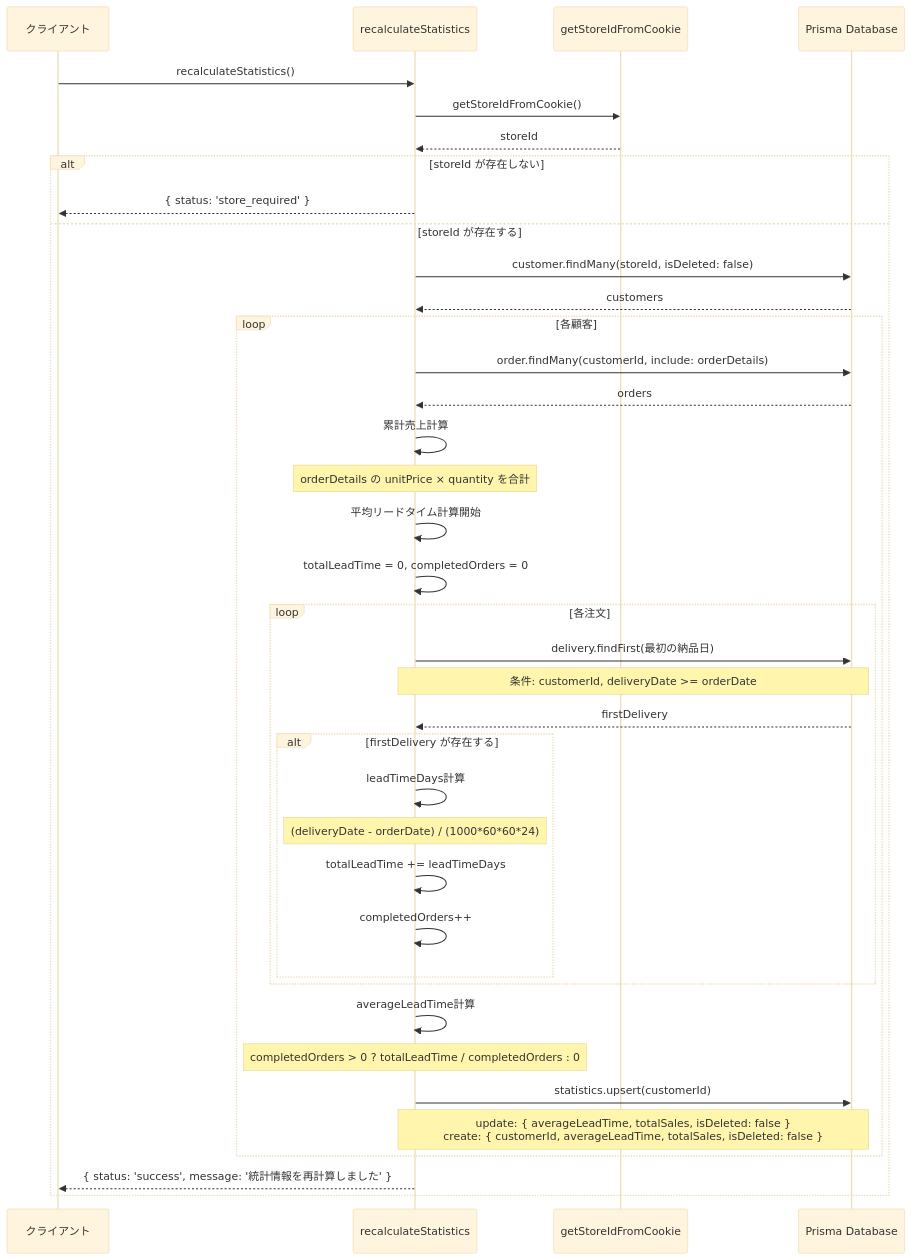
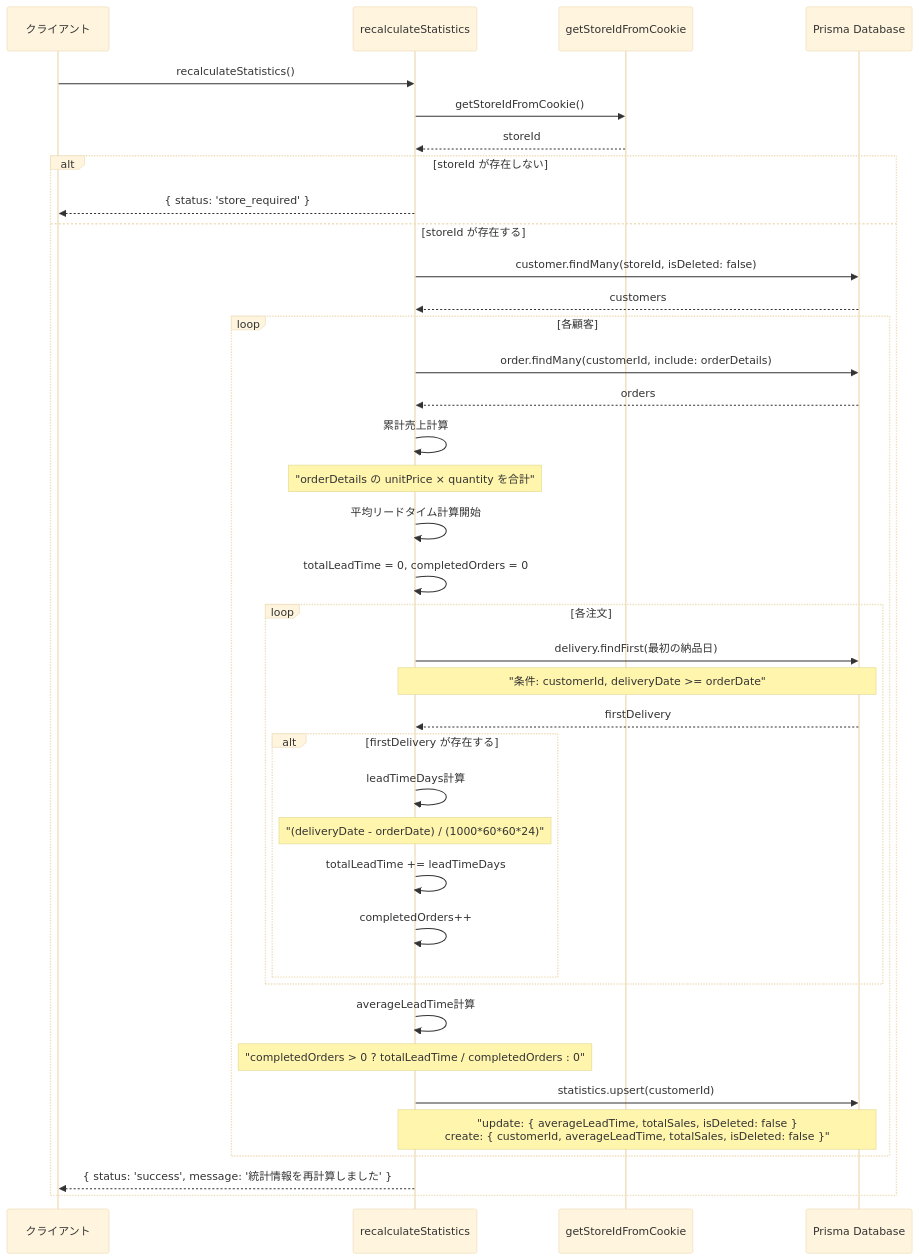
One commit to wasabi49/ocs-systemDevelopmentExercises changed the second of 8 diagrams in document/actions/sequence/statistics.md. Above: the diagram before and after it, drawn with Mermaid (base theme). The commit also changed other lines of this file and 42 other files, not shown here.

First line of the commit message:
fix: mermaidシーケンス図のNote over文でダブルクォーテーション不足を修正

````diff
--- a/document/actions/sequence/statistics.md
+++ b/document/actions/sequence/statistics.md
@@ -38,50 +38,50 @@
 ```mermaid
 sequenceDiagram
     participant Client as クライアント
     participant Action as recalculateStatistics
     participant Store as getStoreIdFromCookie
     participant DB as Prisma Database
 
     Client->>Action: recalculateStatistics()
     Action->>Store: getStoreIdFromCookie()
     Store-->>Action: storeId
     
     alt storeId が存在しない
         Action-->>Client: { status: 'store_required' }
     else storeId が存在する
         Action->>DB: customer.findMany(storeId, isDeleted: false)
         DB-->>Action: customers
         
         loop 各顧客
             Action->>DB: order.findMany(customerId, include: orderDetails)
             DB-->>Action: orders
             
             Action->>Action: 累計売上計算
-            Note over Action: orderDetails の unitPrice × quantity を合計
+            Note over Action: "orderDetails の unitPrice × quantity を合計"
             
             Action->>Action: 平均リードタイム計算開始
             Action->>Action: totalLeadTime = 0, completedOrders = 0
             
             loop 各注文
                 Action->>DB: delivery.findFirst(最初の納品日)
-                Note over Action,DB: 条件: customerId, deliveryDate >= orderDate
+                Note over Action,DB: "条件: customerId, deliveryDate >= orderDate"
                 DB-->>Action: firstDelivery
                 
                 alt firstDelivery が存在する
                     Action->>Action: leadTimeDays計算
-                    Note over Action: (deliveryDate - orderDate) / (1000*60*60*24)
+                    Note over Action: "(deliveryDate - orderDate) / (1000*60*60*24)"
                     Action->>Action: totalLeadTime += leadTimeDays
                     Action->>Action: completedOrders++
                 end
             end
             
             Action->>Action: averageLeadTime計算
-            Note over Action: completedOrders > 0 ? totalLeadTime / completedOrders : 0
+            Note over Action: "completedOrders > 0 ? totalLeadTime / completedOrders : 0"
             
             Action->>DB: statistics.upsert(customerId)
-            Note over Action,DB: update: { averageLeadTime, totalSales, isDeleted: false }<br/>create: { customerId, averageLeadTime, totalSales, isDeleted: false }
+            Note over Action,DB: "update: { averageLeadTime, totalSales, isDeleted: false }<br/>create: { customerId, averageLeadTime, totalSales, isDeleted: false }"
         end
         
         Action-->>Client: { status: 'success', message: '統計情報を再計算しました' }
     end
 ```
````
